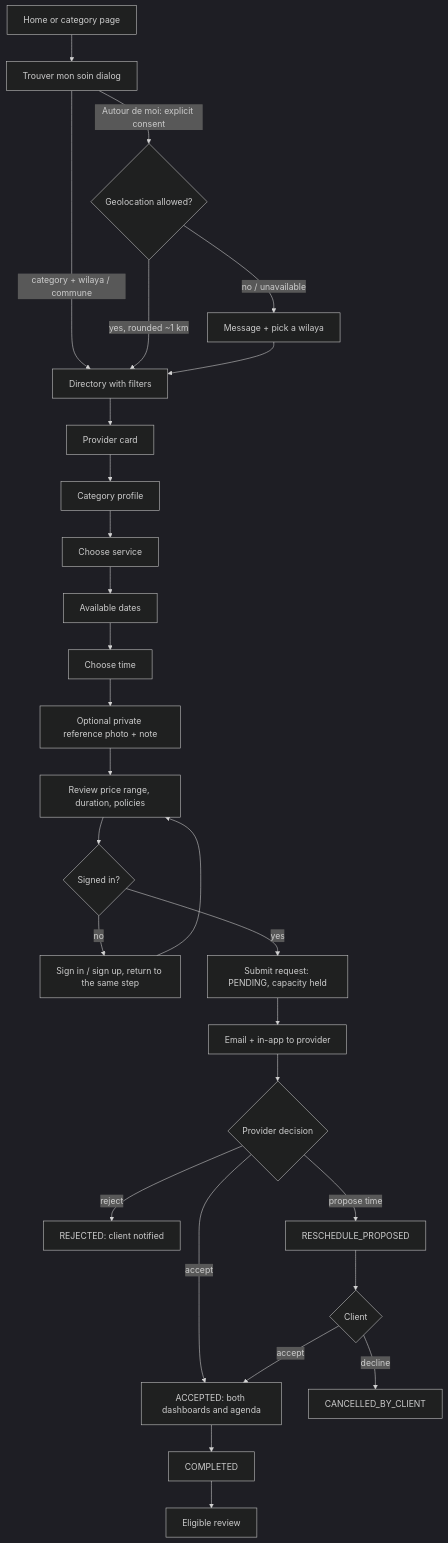
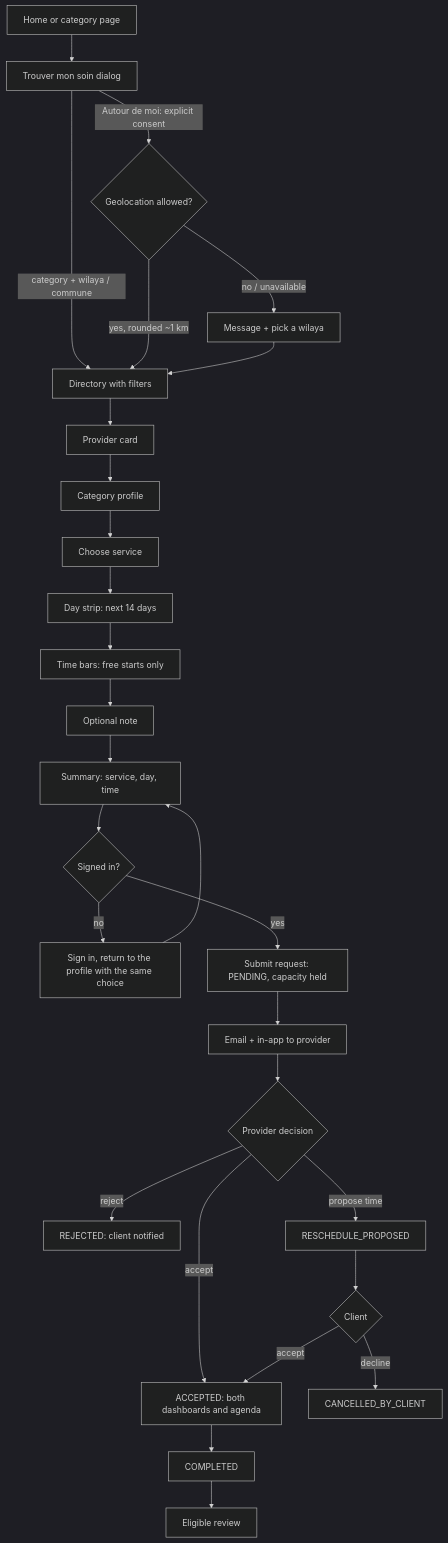
One commit to zack-zdj100k/woman-cares changed the first of 6 diagrams in docs/USER_FLOWS.md. Above: the diagram before and after it, drawn with Mermaid (dark theme). The commit also changed other lines of this file and 196 other files, not shown here.

````diff
--- a/docs/USER_FLOWS.md
+++ b/docs/USER_FLOWS.md
@@ -5,23 +5,23 @@
 ```mermaid
 flowchart TD
     A[Home or category page] --> B[Trouver mon soin dialog]
     B -->|category + wilaya / commune| D[Directory with filters]
     B -->|Autour de moi: explicit consent| C{Geolocation allowed?}
     C -->|yes, rounded ~1 km| D
     C -->|no / unavailable| B2[Message + pick a wilaya] --> D
     D --> E[Provider card] --> F[Category profile]
-    F --> G[Choose service] --> H[Available dates] --> I[Choose time]
-    I --> J[Optional private reference photo + note]
-    J --> K[Review price range, duration, policies]
+    F --> G[Choose service] --> H[Day strip: next 14 days] --> I[Time bars: free starts only]
+    I --> J[Optional note]
+    J --> K[Summary: service, day, time]
     K --> L{Signed in?}
-    L -->|no| M[Sign in / sign up, return to the same step] --> K
+    L -->|no| M[Sign in, return to the profile with the same choice] --> K
     L -->|yes| N[Submit request: PENDING, capacity held]
     N --> O[Email + in-app to provider]
     O --> P{Provider decision}
     P -->|accept| Q[ACCEPTED: both dashboards and agenda]
     P -->|reject| R[REJECTED: client notified]
     P -->|propose time| S[RESCHEDULE_PROPOSED] --> T{Client}
     T -->|accept| Q
     T -->|decline| U[CANCELLED_BY_CLIENT]
     Q --> V[COMPLETED] --> W[Eligible review]
 ```
````
